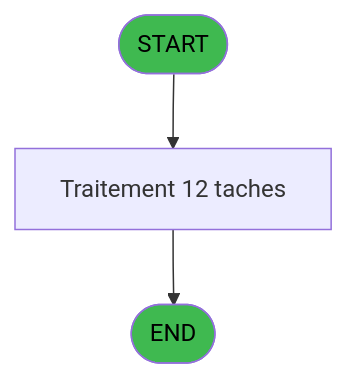
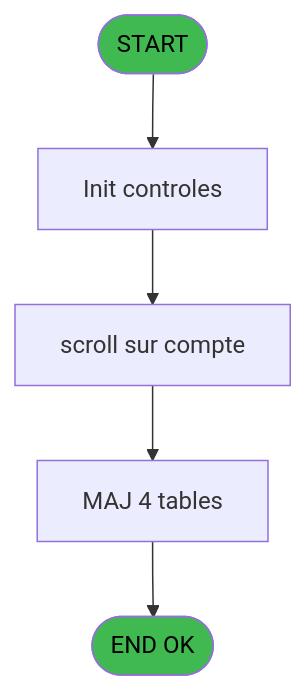
One commit to thonyAGP/magic-migration changed the second of 4 diagrams in .openspec/specs/ADH-IDE-69.md. Above: the diagram before and after it, drawn with Mermaid. The commit also changed other lines of this file and 253 other files, not shown here.

````diff
--- a/.openspec/specs/ADH-IDE-69.md
+++ b/.openspec/specs/ADH-IDE-69.md
@@ -1209,9 +1209,14 @@
 ```mermaid
 flowchart TD
     START([START])
-    PROCESS[Traitement 12 taches]
-    ENDOK([END])
-    START --> PROCESS --> ENDOK
+    INIT[Init controles]
+    SAISIE[scroll sur compte]
+    UPDATE[MAJ 4 tables]
+    ENDOK([END OK])
+
+    START --> INIT --> SAISIE
+    SAISIE --> UPDATE --> ENDOK
+
     style START fill:#3fb950,color:#000
     style ENDOK fill:#3fb950,color:#000
 ```
````
